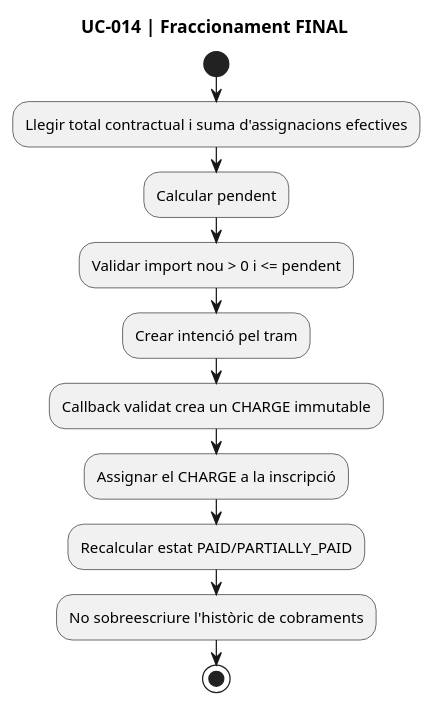
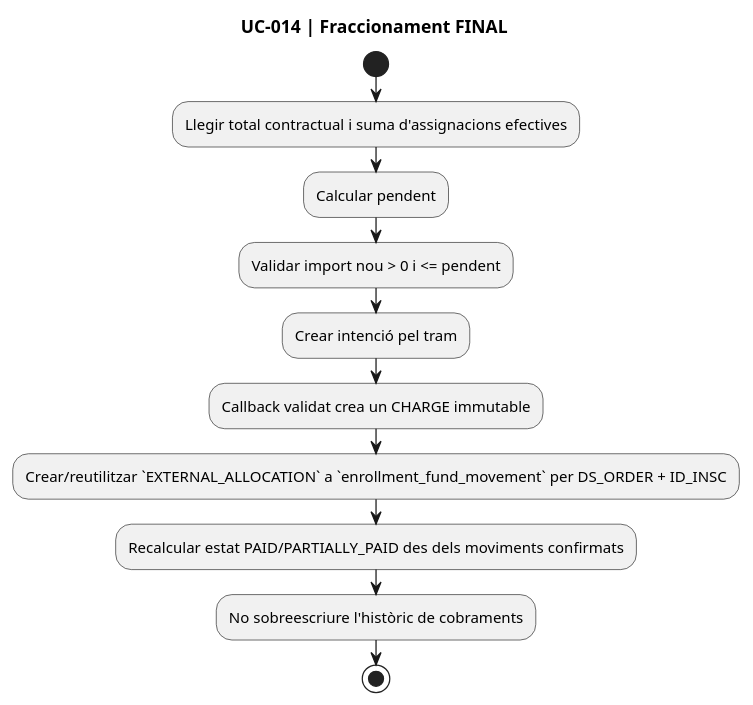
Diagram 12 of 14 in documentacio/07-uml-integrat/uc-014-activitats-pagines-redsys-actual-final.md (orgmeriemprismacat-del/verifactu), drawn with PlantUML before and after one commit. The commit also changed other lines of this file, not shown here.

Commit message:
docs(UC-014): incorpora fund allocation a activitats FINAL

````diff
--- a/documentacio/07-uml-integrat/uc-014-activitats-pagines-redsys-actual-final.md
+++ b/documentacio/07-uml-integrat/uc-014-activitats-pagines-redsys-actual-final.md
@@ -328,15 +335,15 @@
 ```plantuml
 @startuml
 title UC-014 | Fraccionament FINAL
 start
 :Llegir total contractual i suma d'assignacions efectives;
 :Calcular pendent;
 :Validar import nou > 0 i <= pendent;
 :Crear intenció pel tram;
 :Callback validat crea un CHARGE immutable;
-:Assignar el CHARGE a la inscripció;
-:Recalcular estat PAID/PARTIALLY_PAID;
+:Crear/reutilitzar `EXTERNAL_ALLOCATION` a `enrollment_fund_movement` per DS_ORDER + ID_INSC;
+:Recalcular estat PAID/PARTIALLY_PAID des dels moviments confirmats;
 :No sobreescriure l'històric de cobraments;
 stop
 @enduml
 ```
````
